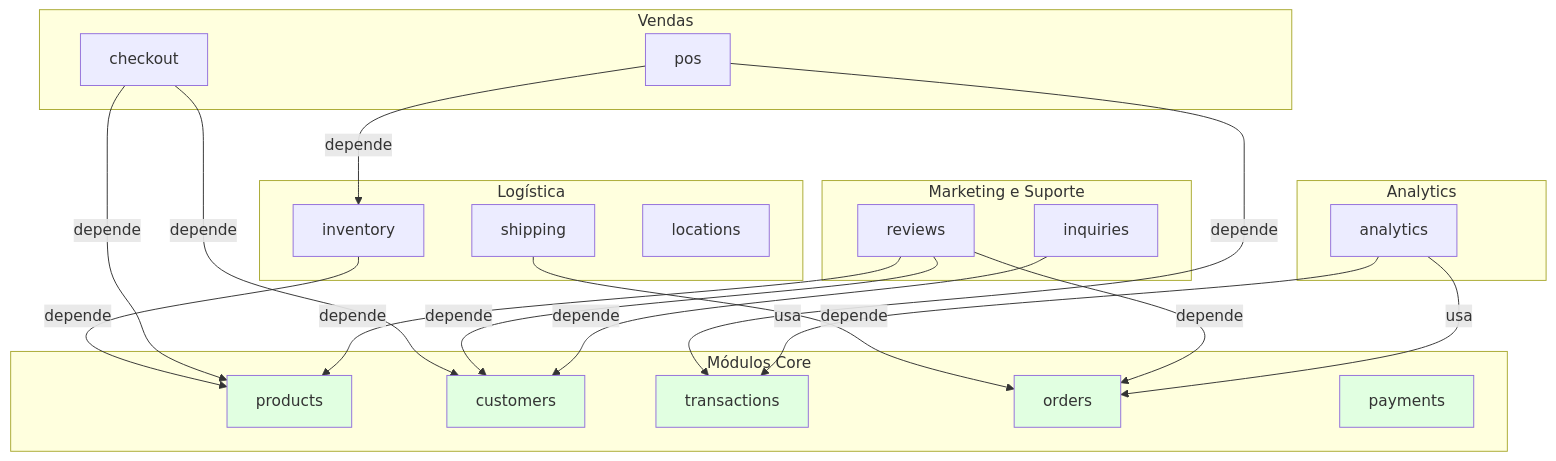
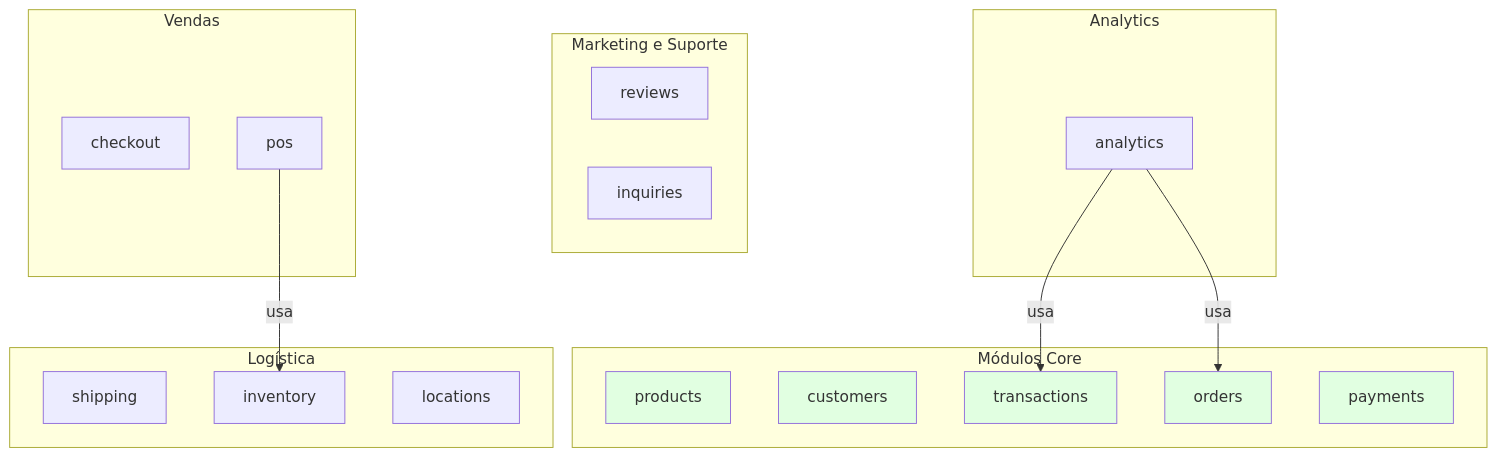
The fourth of 5 diagrams in apps/desktop/docs/PLANO_DESENVOLVIMENTO_MODULOS.md (rckbrcls/inventy), drawn with Mermaid before and after one commit. The commit also changed other lines of this file and 71 other files, not shown here.

Commit message:
feat: Update optional modules documentation and database schema to reflect changes in dependencies and table usage; remove deprecated routes for brands, categories, checkouts, and customers to streamline the codebase and improve maintainability.

````diff
--- a/apps/desktop/docs/PLANO_DESENVOLVIMENTO_MODULOS.md
+++ b/apps/desktop/docs/PLANO_DESENVOLVIMENTO_MODULOS.md
@@ -445,49 +474,40 @@
 ```mermaid
 graph TB
     subgraph "Módulos Core"
         PR[products]
         CU[customers]
         TR[transactions]
         OR[orders]
         PA[payments]
     end
 
     subgraph "Logística"
         SH[shipping]
         IV[inventory]
         LO[locations]
     end
 
     subgraph "Vendas"
         CK[checkout]
         PO[pos]
     end
 
     subgraph "Marketing e Suporte"
         RE[reviews]
         IN[inquiries]
     end
 
     subgraph "Analytics"
         AN[analytics]
     end
 
-    SH -->|depende| OR
-    IV -->|depende| PR
-    CK -->|depende| PR
-    CK -->|depende| CU
-    PO -->|depende| TR
-    PO -->|depende| IV
-    RE -->|depende| OR
-    RE -->|depende| PR
-    RE -->|depende| CU
-    IN -->|depende| CU
+    PO -->|usa| IV
     AN -->|usa| TR
     AN -->|usa| OR
 
     style PR fill:#e1ffe1
     style CU fill:#e1ffe1
     style TR fill:#e1ffe1
     style OR fill:#e1ffe1
     style PA fill:#e1ffe1
 ```
````
